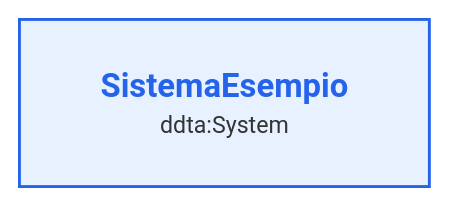
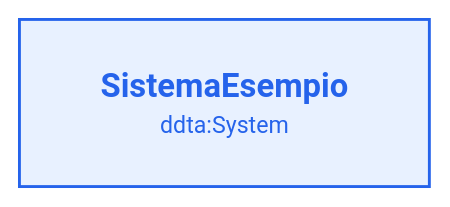
The fourth of 26 diagrams in ontologies/core/DDTA_CORE_VISUALIZATION.md (nballestriero/tesiStabile), drawn with Mermaid before and after one commit. The commit also changed other lines of this file and 4 other files, not shown here.

````diff
--- a/ontologies/core/DDTA_CORE_VISUALIZATION.md
+++ b/ontologies/core/DDTA_CORE_VISUALIZATION.md
@@ -320,6 +408,7 @@
 ```mermaid
-%%{init: {"htmlLabels":true,"theme":"base"}}%%
+%%{init: {"htmlLabels":true,"theme":"base","layout":"elk"}}%%
 flowchart TB
-    O_35700bd6769a8b["<div style='display:inline-block;text-align:center;white-space:nowrap;line-height:1.4;padding:8px 12px;background:transparent;opacity:1;color:#2563EB'><span style='display:block;text-align:center;font-size:17px;font-weight:700;color:#2563EB'>SistemaEsempio</span><span style='display:block;text-align:center;font-size:12px;font-weight:400;color:#2563EB'>ddta:System</span></div>"]
-    style O_35700bd6769a8b fill:#E8F1FF,stroke:#2563EB,color:#2563EB,stroke-width:1.5px
+    O_386f8143a10445["<div style='display:inline-block;text-align:center;white-space:nowrap;line-height:1.4;padding:8px 12px;background:transparent;opacity:1;color:#2563EB'><span style='display:block;text-align:center;font-size:17px;font-weight:700;color:#2563EB'>SistemaEsempio</span><span style='display:block;text-align:center;font-size:12px;font-weight:400;color:#2563EB'>ddta:System</span></div>"]
+    classDef DDTA_C_ec3c1934ce4a fill:#E8F1FF,stroke:#2563EB,color:#2563EB,stroke-width:1.5px
+    class O_386f8143a10445 DDTA_C_ec3c1934ce4a
 ```
````
